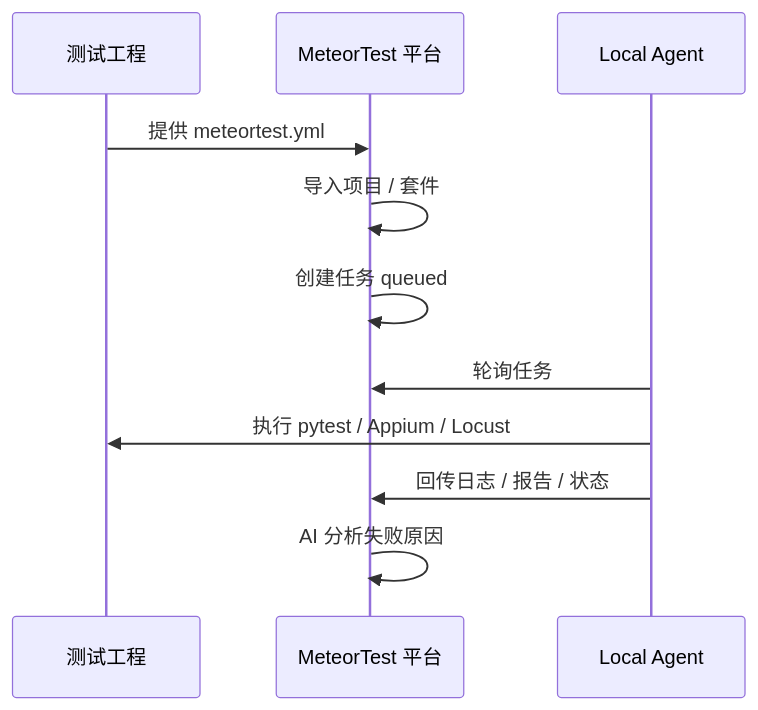
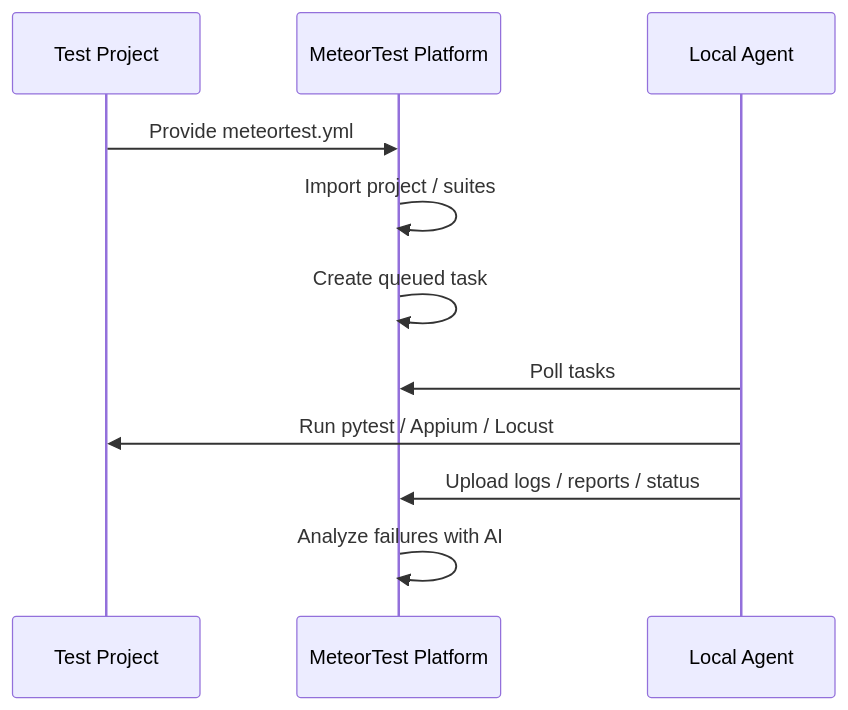
The first of 4 diagrams in README.md (qd1332543/TestPlatform), drawn with Mermaid before and after one commit. The commit also changed other lines of this file and 2 other files, not shown here.

````diff
--- a/README.md
+++ b/README.md
@@ -53,14 +60,14 @@
 ```mermaid
 sequenceDiagram
-    participant Repo as 测试工程
-    participant Platform as MeteorTest 平台
+    participant Repo as Test Project
+    participant Platform as MeteorTest Platform
     participant Agent as Local Agent
 
-    Repo->>Platform: 提供 meteortest.yml
-    Platform->>Platform: 导入项目 / 套件
-    Platform->>Platform: 创建任务 queued
-    Agent->>Platform: 轮询任务
-    Agent->>Repo: 执行 pytest / Appium / Locust
-    Agent->>Platform: 回传日志 / 报告 / 状态
-    Platform->>Platform: AI 分析失败原因
+    Repo->>Platform: Provide meteortest.yml
+    Platform->>Platform: Import project / suites
+    Platform->>Platform: Create queued task
+    Agent->>Platform: Poll tasks
+    Agent->>Repo: Run pytest / Appium / Locust
+    Agent->>Platform: Upload logs / reports / status
+    Platform->>Platform: Analyze failures with AI
 ```
````
